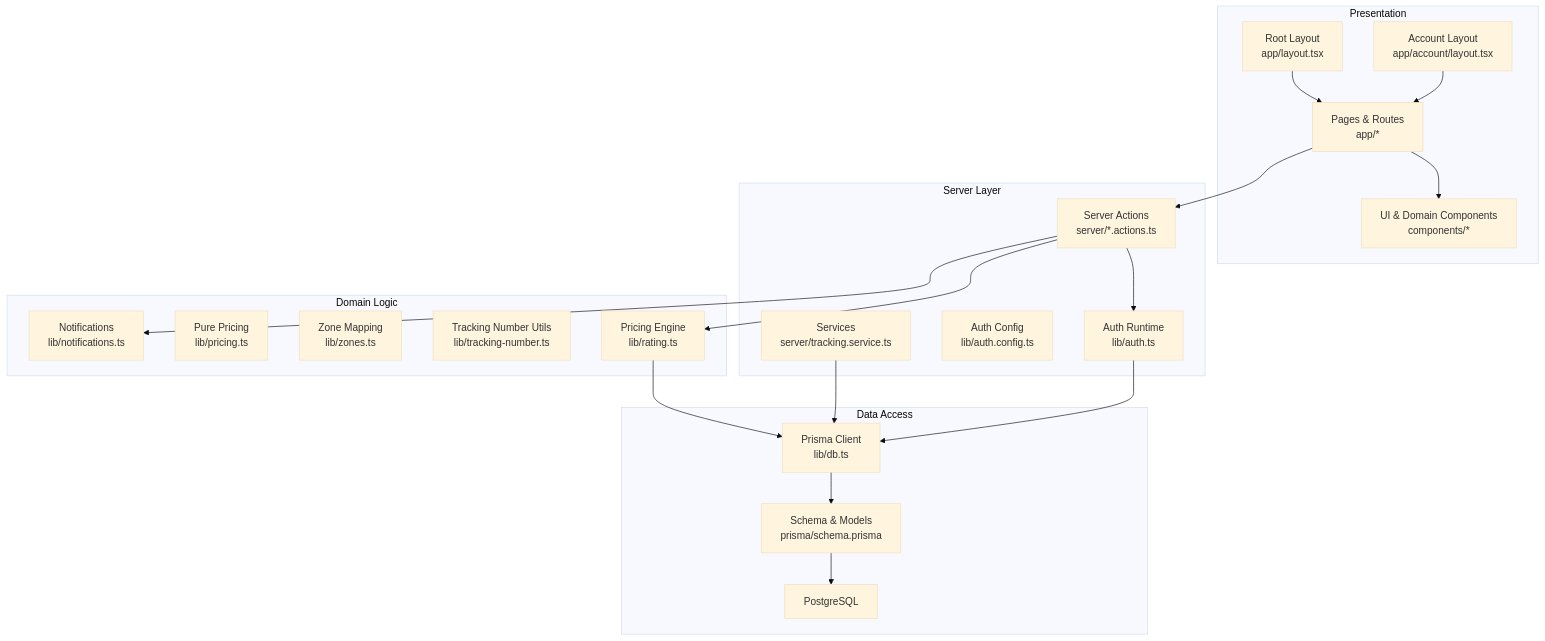
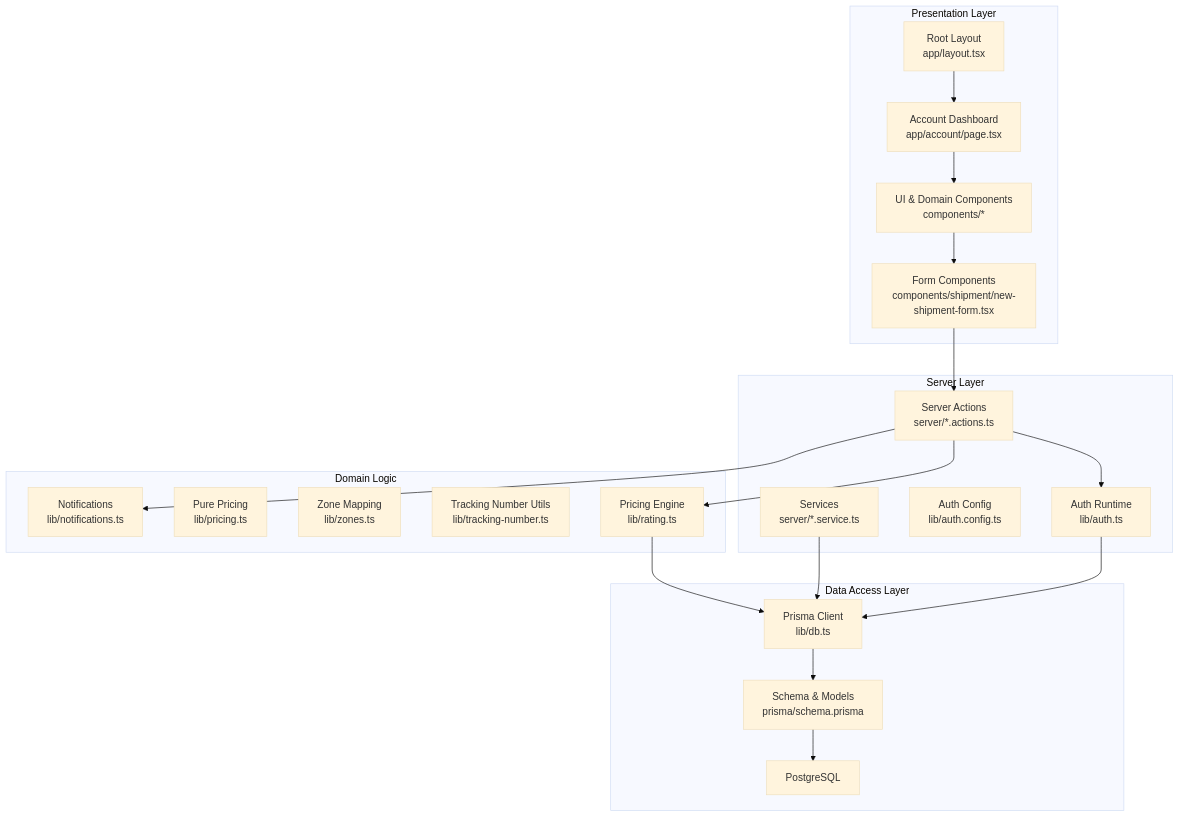
One commit to gyamposudodzi/Timberland changed the first of 9 diagrams in .qoder/repowiki/en/content/Architecture Overview.md. Above: the diagram before and after it, drawn with Mermaid (base theme). The commit also changed other lines of this file and 87 other files, not shown here.

````diff
--- a/.qoder/repowiki/en/content/Architecture Overview.md
+++ b/.qoder/repowiki/en/content/Architecture Overview.md
@@ -67,39 +80,39 @@
 ```mermaid
 graph TB
-subgraph "Presentation"
+subgraph "Presentation Layer"
 APP_LAYOUT["Root Layout<br/>app/layout.tsx"]
-ACCOUNT_LAYOUT["Account Layout<br/>app/account/layout.tsx"]
-PAGES["Pages & Routes<br/>app/*"]
+ACCOUNT_PAGE["Account Dashboard<br/>app/account/page.tsx"]
 COMPONENTS["UI & Domain Components<br/>components/*"]
+FORMS["Form Components<br/>components/shipment/new-shipment-form.tsx"]
 end
 subgraph "Server Layer"
 ACTIONS["Server Actions<br/>server/*.actions.ts"]
-SERVICES["Services<br/>server/tracking.service.ts"]
+SERVICES["Services<br/>server/*.service.ts"]
 AUTH_CONFIG["Auth Config<br/>lib/auth.config.ts"]
 AUTH_RUNTIME["Auth Runtime<br/>lib/auth.ts"]
 end
 subgraph "Domain Logic"
 RATING["Pricing Engine<br/>lib/rating.ts"]
 PRICING["Pure Pricing<br/>lib/pricing.ts"]
 ZONES["Zone Mapping<br/>lib/zones.ts"]
 TRACKING_NUM["Tracking Number Utils<br/>lib/tracking-number.ts"]
 NOTIFICATIONS["Notifications<br/>lib/notifications.ts"]
 end
-subgraph "Data Access"
+subgraph "Data Access Layer"
 DB_CLIENT["Prisma Client<br/>lib/db.ts"]
 SCHEMA["Schema & Models<br/>prisma/schema.prisma"]
 POSTGRES["PostgreSQL"]
 end
-PAGES --> COMPONENTS
-PAGES --> ACTIONS
+APP_LAYOUT --> ACCOUNT_PAGE
+ACCOUNT_PAGE --> COMPONENTS
+COMPONENTS --> FORMS
+FORMS --> ACTIONS
 ACTIONS --> AUTH_RUNTIME
 ACTIONS --> RATING
 ACTIONS --> NOTIFICATIONS
 SERVICES --> DB_CLIENT
 RATING --> DB_CLIENT
 AUTH_RUNTIME --> DB_CLIENT
 DB_CLIENT --> SCHEMA
 SCHEMA --> POSTGRES
-APP_LAYOUT --> PAGES
-ACCOUNT_LAYOUT --> PAGES
 ```
````
